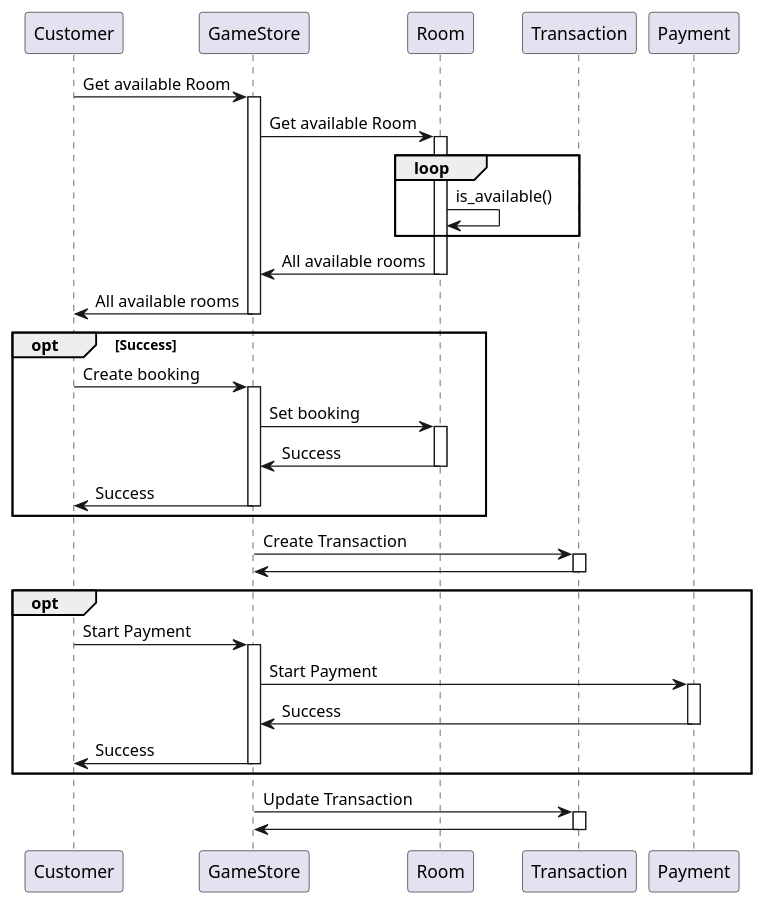
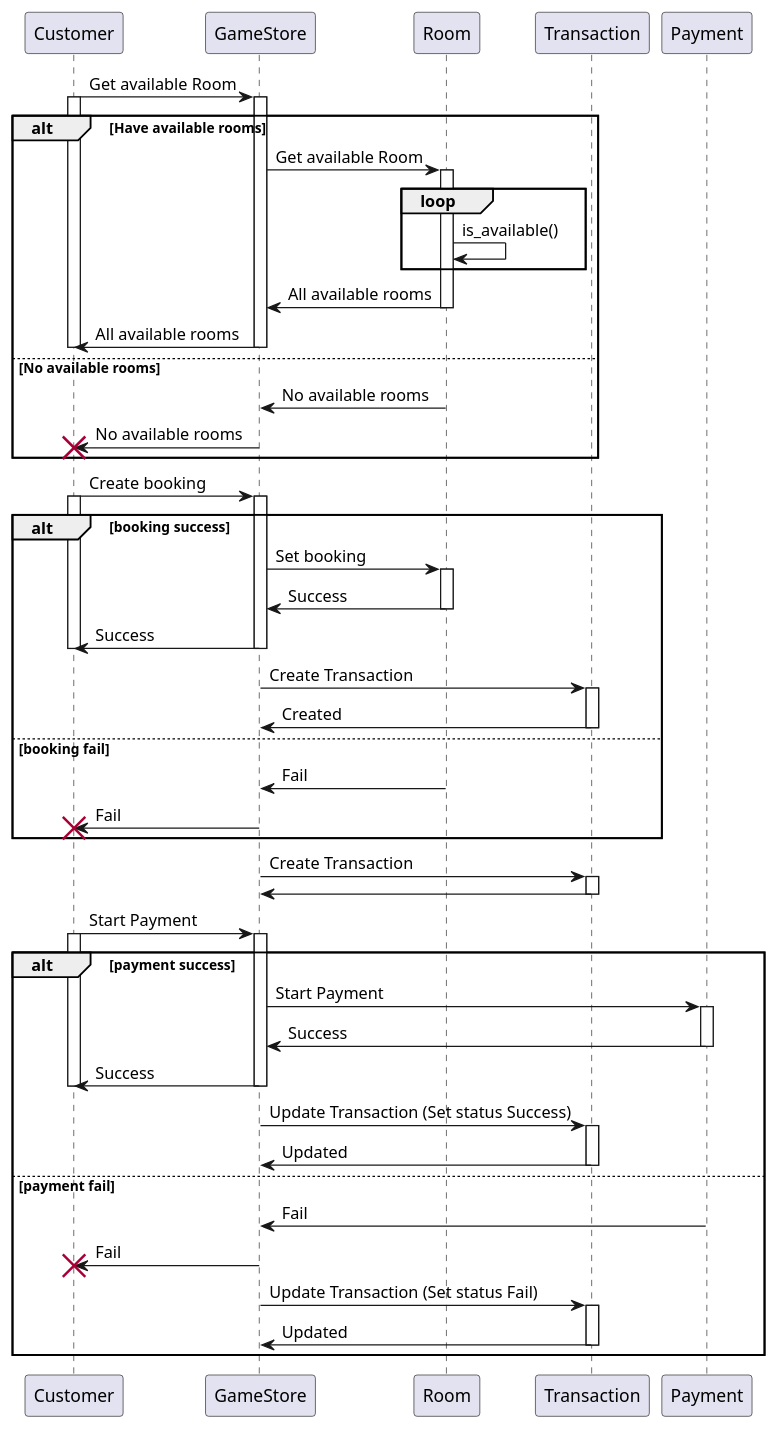
The diagram in sequence_diagram.puml (WaroonRagwongsiri/OOP_Project), drawn with PlantUML before and after one commit.

Commit message:
sequence diagram upgrade

```diff
--- a/sequence_diagram.puml
+++ b/sequence_diagram.puml
@@ -1,63 +1,101 @@
 @startuml UsecaseSequenceDiagram
 
 Customer -> GameStore : Get available Room
+activate Customer
+activate GameStore
+alt Have available rooms
+
+	GameStore -> Room : Get available Room
+	activate Room
+
+	loop
+		Room -> Room : is_available()
+	end
+
+
+	Room -> GameStore : All available rooms
+	deactivate Room
+
+	GameStore -> Customer : All available rooms
+	deactivate GameStore
+	deactivate Customer
+
+else No available rooms
+
+	Room -> GameStore : No available rooms
+	GameStore -> Customer : No available rooms
+	destroy Customer
+
+end
+
+
+Customer -> GameStore : Create booking
+activate Customer
 activate GameStore
 
-GameStore -> Room : Get available Room
-activate Room
-
-loop
-	Room -> Room : is_available()
-end
-
-Room -> GameStore : All available rooms
-deactivate Room
-
-GameStore -> Customer : All available rooms
-deactivate GameStore
-
-opt Success
-
-	Customer -> GameStore : Create booking
-	activate GameStore
+alt booking success
 
 	GameStore -> Room : Set booking
 	activate Room
 
 	Room -> GameStore : Success
 	deactivate Room
 
 	GameStore -> Customer : Success
 	deactivate GameStore
+	deactivate Customer
+
+	GameStore -> Transaction : Create Transaction
+	activate Transaction
+
+	Transaction -> GameStore : Created
+	deactivate Transaction
+
+else booking fail
+
+	Room -> GameStore : Fail
+	GameStore -> Customer : Fail
+	destroy Customer
+
 
 end
 
 GameStore -> Transaction : Create Transaction
 activate Transaction
 
 Transaction -> GameStore
 deactivate Transaction
 
-opt
+Customer -> GameStore : Start Payment
+activate Customer
+activate GameStore
 
-	Customer -> GameStore : Start Payment
-	activate GameStore
+alt payment success
 
 	GameStore -> Payment : Start Payment
 	activate Payment
 
 	Payment -> GameStore : Success
 	deactivate Payment
 
 	GameStore -> Customer : Success
 	deactivate GameStore
+	deactivate Customer
 
+	GameStore -> Transaction : Update Transaction (Set status Success)
+	activate Transaction
+	Transaction -> GameStore : Updated
+	deactivate Transaction
+
+else payment fail
+
+	Payment -> GameStore : Fail
+	GameStore -> Customer : Fail
+	destroy Customer
+
+	GameStore -> Transaction : Update Transaction (Set status Fail)
+	activate Transaction
+	Transaction -> GameStore : Updated
+	deactivate Transaction
 end
-
-GameStore -> Transaction : Update Transaction
-activate Transaction
-
-Transaction -> GameStore
-deactivate Transaction
-
 @enduml
```
